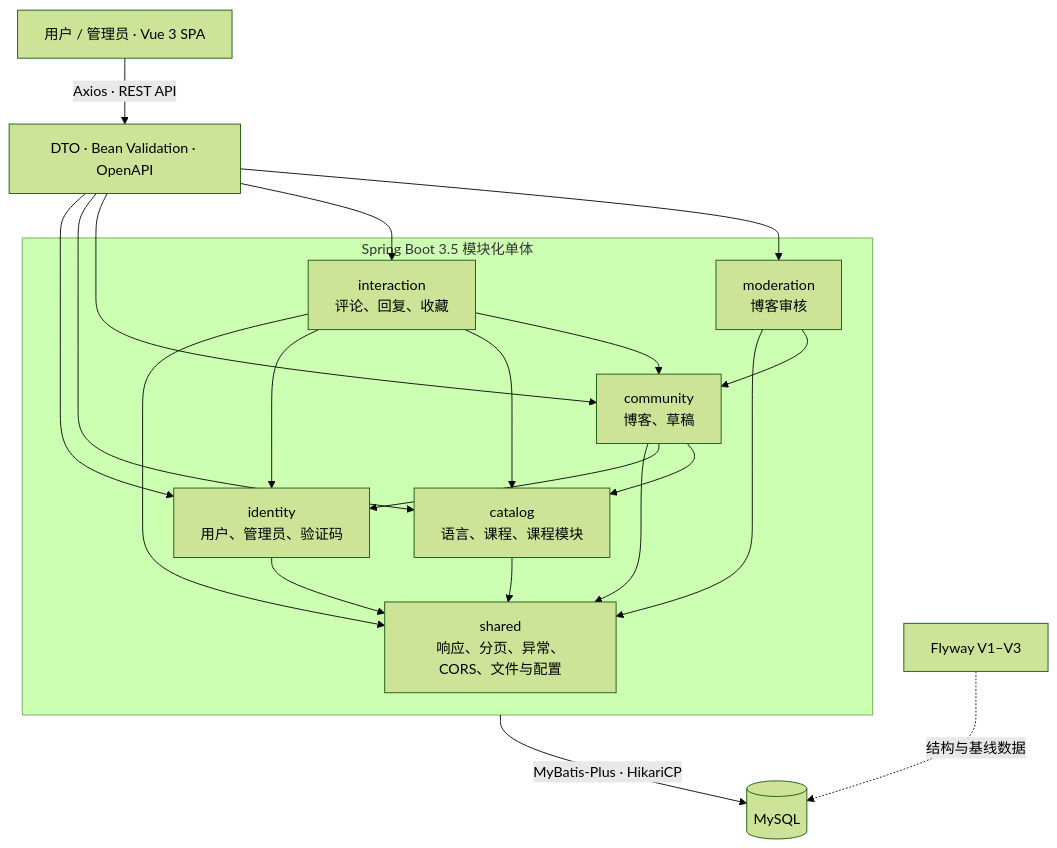
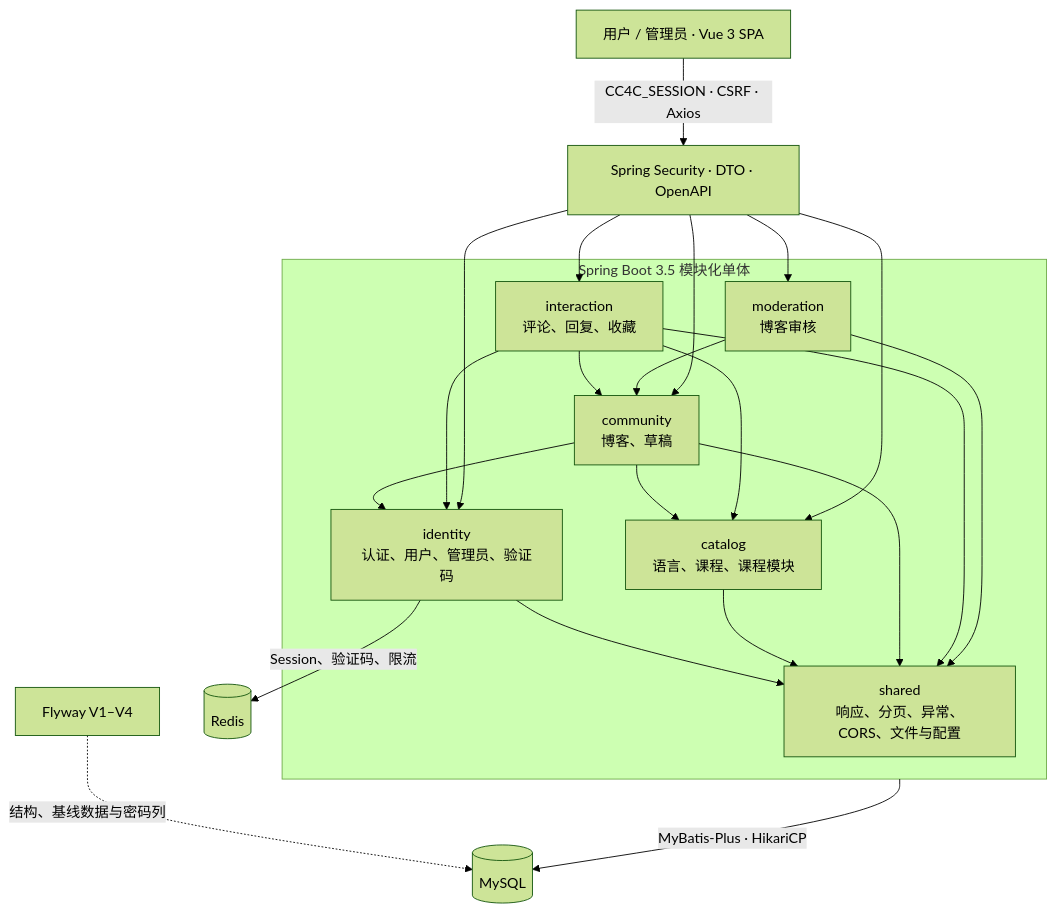
The diagram in README.md (Jaily16/CC4C), drawn with Mermaid (forest theme) before and after one commit. The commit also changed other lines of this file and 97 other files, not shown here.

````diff
--- a/README.md
+++ b/README.md
@@ -118,33 +119,34 @@
 ```mermaid
 flowchart TB
-    Browser[用户 / 管理员 · Vue 3 SPA] -->|Axios · REST API| HTTP[DTO · Bean Validation · OpenAPI]
+    Browser[用户 / 管理员 · Vue 3 SPA] -->|CC4C_SESSION · CSRF · Axios| HTTP[Spring Security · DTO · OpenAPI]
 
     subgraph Backend[Spring Boot 3.5 模块化单体]
         Shared[shared<br/>响应、分页、异常、CORS、文件与配置]
-        Identity[identity<br/>用户、管理员、验证码]
+        Identity[identity<br/>认证、用户、管理员、验证码]
         Catalog[catalog<br/>语言、课程、课程模块]
         Community[community<br/>博客、草稿]
         Interaction[interaction<br/>评论、回复、收藏]
         Moderation[moderation<br/>博客审核]
 
         Identity --> Shared
         Catalog --> Shared
         Community --> Shared
         Community --> Identity
         Community --> Catalog
         Interaction --> Shared
         Interaction --> Identity
         Interaction --> Catalog
         Interaction --> Community
         Moderation --> Shared
         Moderation --> Community
     end
 
     HTTP --> Identity
     HTTP --> Catalog
     HTTP --> Community
     HTTP --> Interaction
     HTTP --> Moderation
     Backend -->|MyBatis-Plus · HikariCP| DB[(MySQL)]
-    Flyway[Flyway V1–V3] -. 结构与基线数据 .-> DB
+    Identity -->|Session、验证码、限流| Redis[(Redis)]
+    Flyway[Flyway V1–V4] -. 结构、基线数据与密码列 .-> DB
 ```
````
